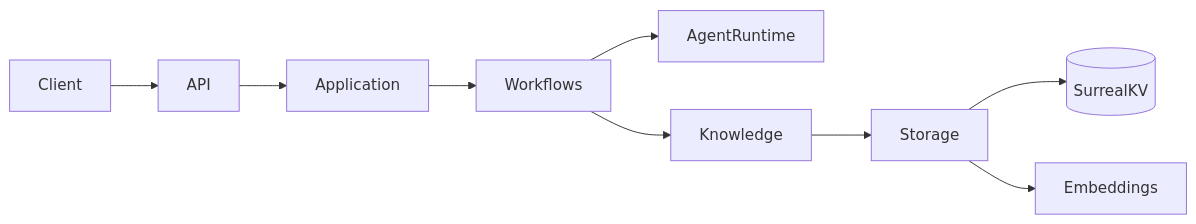
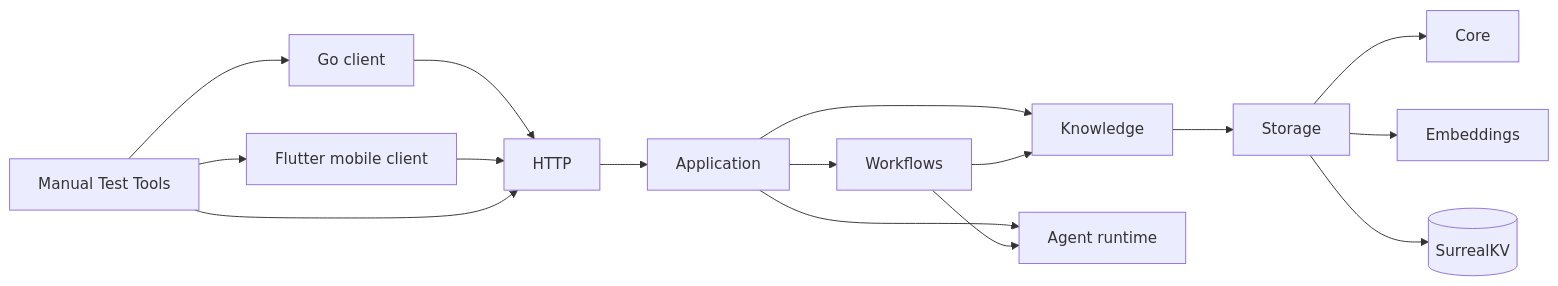
Before and after one commit to alennartz/second-brain: the first of 3 diagrams in codemap.md, drawn with Mermaid. The commit also changed other lines of this file, not shown here.

````diff
--- a/codemap.md
+++ b/codemap.md
@@ -10,11 +10,18 @@
 ```mermaid
 graph LR
-  Client --> API
-  API --> Application
-  Application --> Workflows
-  Workflows --> AgentRuntime
-  Workflows --> Knowledge
-  Knowledge --> Storage
-  Storage --> SurrealDB[(SurrealKV)]
-  Storage --> Embeddings
+  G["Go client"] --> H["HTTP"]
+  M["Flutter mobile client"] --> H
+  MT["Manual Test Tools"] --> H
+  MT --> G
+  MT --> M
+  H --> A["Application"]
+  A --> W["Workflows"]
+  A --> K["Knowledge"]
+  A --> AR["Agent runtime"]
+  W --> AR
+  W --> K
+  K --> S["Storage"]
+  S --> C["Core"]
+  S --> E["Embeddings"]
+  S --> DB[(SurrealKV)]
 ```
````
